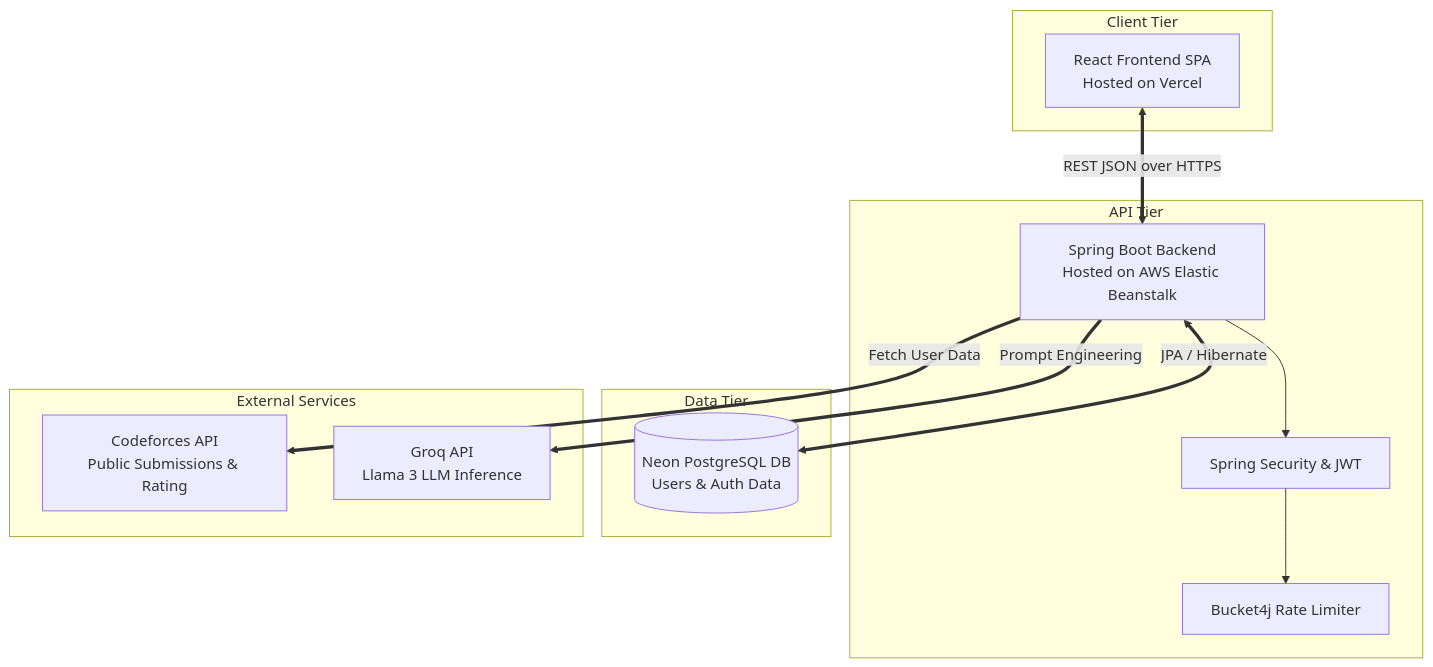
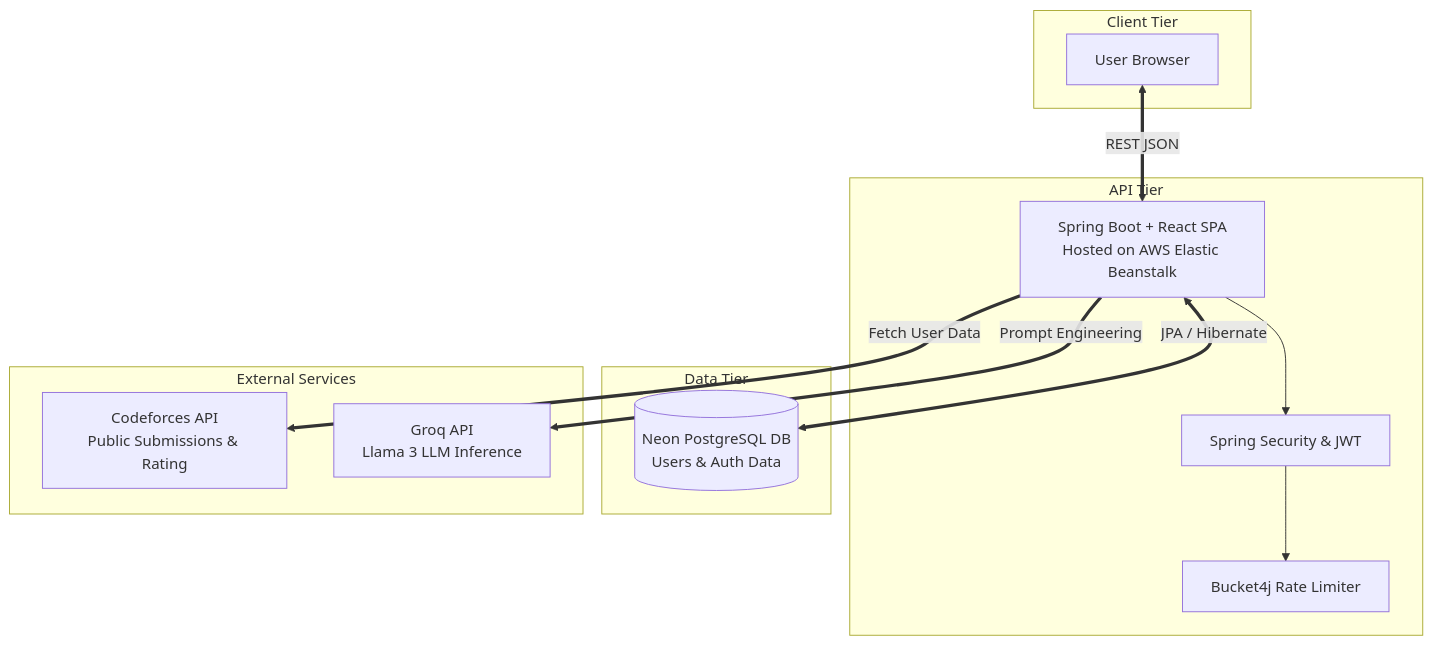
The first of 2 diagrams in README.md (VSK-777/AIAlgoCoach), drawn with Mermaid before and after one commit. The commit also changed other lines of this file and 18 other files, not shown here.

````diff
--- a/README.md
+++ b/README.md
@@ -81,29 +81,29 @@
 ```mermaid
 graph TD
     subgraph Client Tier
-        UI[React Frontend SPA<br/>Hosted on Vercel]
+        UI[User Browser]
     end
 
     subgraph API Tier
-        API[Spring Boot Backend<br/>Hosted on AWS Elastic Beanstalk]
+        API[Spring Boot + React SPA<br/>Hosted on AWS Elastic Beanstalk]
         Security[Spring Security & JWT]
         RateLimit[Bucket4j Rate Limiter]
         
         API --> Security
         Security --> RateLimit
     end
 
     subgraph Data Tier
         DB[(Neon PostgreSQL DB<br/>Users & Auth Data)]
     end
 
     subgraph External Services
         CF[Codeforces API<br/>Public Submissions & Rating]
         AI[Groq API<br/>Llama 3 LLM Inference]
     end
 
-    UI <==>|REST JSON over HTTPS| API
+    UI <==>|REST JSON| API
     API <==>|JPA / Hibernate| DB
     API ==>|Fetch User Data| CF
     API ==>|Prompt Engineering| AI
 ```
````
